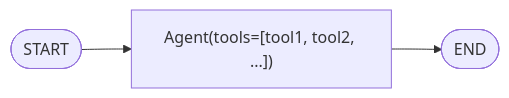
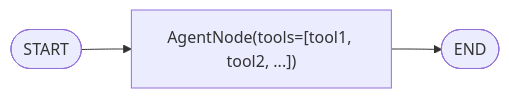
Before and after one commit to Proact0/Act-Operator: the first of 13 diagrams in act_operator/act_operator/scaffold/{{ cookiecutter.act_slug }}/.claude/skills/act-architect/resources/agentic-design-patterns.md, drawn with Mermaid. The commit also changed other lines of this file and 9 other files, not shown here.

Commit message:
Update version to 0.2.4, add new template paths for improved project scaffolding, and enhance documentation for interactive conversation protocols in the act-architect skill.

````diff
--- a/act_operator/act_operator/scaffold/{{ cookiecutter.act_slug }}/.claude/skills/act-architect/resources/agentic-design-patterns.md
+++ b/act_operator/act_operator/scaffold/{{ cookiecutter.act_slug }}/.claude/skills/act-architect/resources/agentic-design-patterns.md
@@ -32,5 +32,5 @@
 ```mermaid
 graph LR
-    START([START]) --> Agent["Agent(tools=[tool1, tool2, ...])"]
-    Agent --> END([END])
+    START([START]) --> A["AgentNode(tools=[tool1, tool2, ...])"]
+    A --> END([END])
 ```
````
